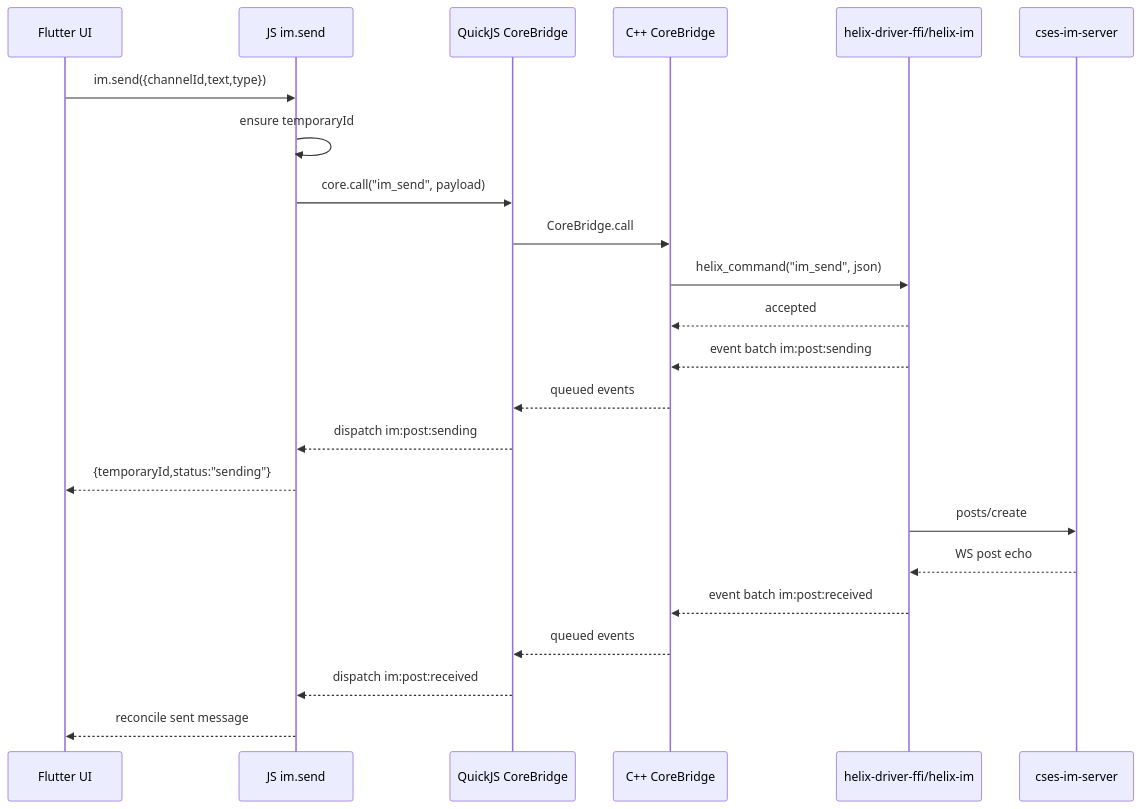
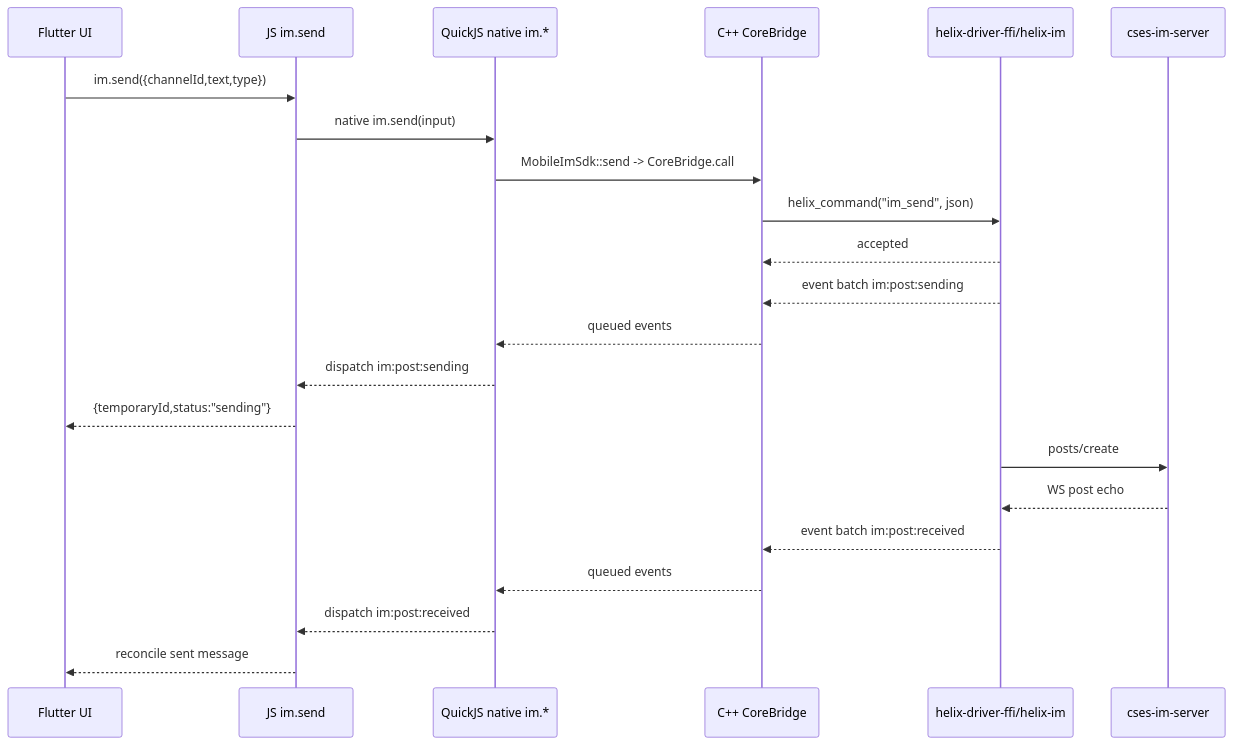
One commit to zxs1633079383/helix changed the diagram in crates/helix-driver-ffi/docs/移动端QuickJS最后一公里接入SPEC.md. Above: the diagram before and after it, drawn with Mermaid. The commit also changed other lines of this file and 8 other files, not shown here.

````diff
--- a/crates/helix-driver-ffi/docs/移动端QuickJS最后一公里接入SPEC.md
+++ b/crates/helix-driver-ffi/docs/移动端QuickJS最后一公里接入SPEC.md
@@ -280,26 +247,25 @@
 ```mermaid
 sequenceDiagram
   participant Flutter as Flutter UI
   participant JS as JS im.send
-  participant QJS as QuickJS CoreBridge
+  participant QJS as QuickJS native im.*
   participant CPP as C++ CoreBridge
   participant Rust as helix-driver-ffi/helix-im
   participant Go as cses-im-server
 
   Flutter->>JS: im.send({channelId,text,type})
-  JS->>JS: ensure temporaryId
-  JS->>QJS: core.call("im_send", payload)
-  QJS->>CPP: CoreBridge.call
+  JS->>QJS: native im.send(input)
+  QJS->>CPP: MobileImSdk::send -> CoreBridge.call
   CPP->>Rust: helix_command("im_send", json)
   Rust-->>CPP: accepted
   Rust-->>CPP: event batch im:post:sending
   CPP-->>QJS: queued events
   QJS-->>JS: dispatch im:post:sending
   JS-->>Flutter: {temporaryId,status:"sending"}
   Rust->>Go: posts/create
   Go-->>Rust: WS post echo
   Rust-->>CPP: event batch im:post:received
   CPP-->>QJS: queued events
   QJS-->>JS: dispatch im:post:received
   JS-->>Flutter: reconcile sent message
 ```
````
